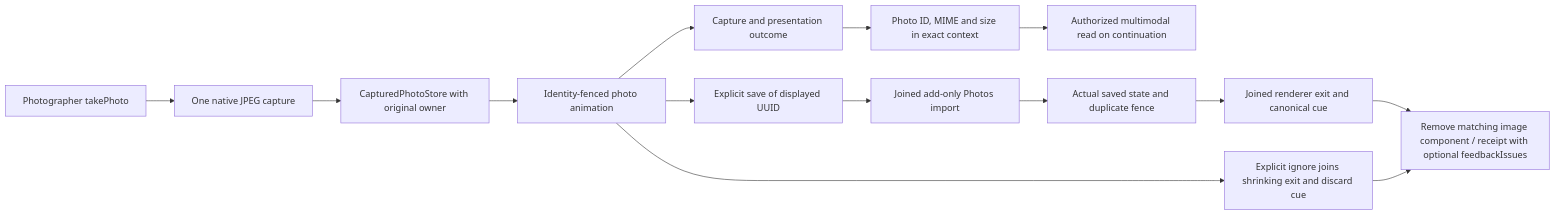
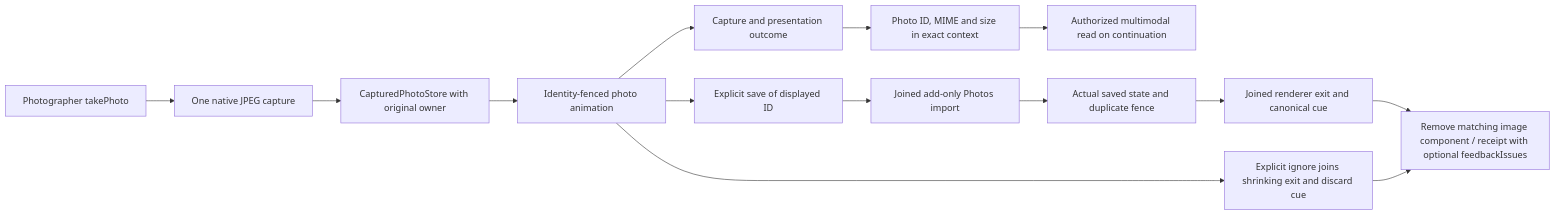
Before and after one commit to devilyouwei/MobileHarness: diagram 22 of 35 in MobileHarness/README.md, drawn with Mermaid. The commit also changed other lines of this file and 374 other files, not shown here.

````diff
--- a/MobileHarness/README.md
+++ b/MobileHarness/README.md
@@ -1251,16 +1270,16 @@
 ```mermaid
 flowchart LR
  Call[Photographer takePhoto] --> Native[One native JPEG capture]
  Native --> Store[CapturedPhotoStore with original owner]
  Store --> Render[Identity-fenced photo animation]
  Render --> Receipt[Capture and presentation outcome]
  Receipt --> Context[Photo ID, MIME and size in exact context]
  Context --> Read[Authorized multimodal read on continuation]
- Render --> Save[Explicit save of displayed UUID]
+ Render --> Save[Explicit save of displayed ID]
  Save --> Photos[Joined add-only Photos import]
  Photos --> Saved[Actual saved state and duplicate fence]
  Saved --> Departure[Joined renderer exit and canonical cue]
  Departure --> Removed[Remove matching image component / receipt with optional feedbackIssues]
  Render --> Ignore[Explicit ignore joins shrinking exit and discard cue]
  Ignore --> Removed
 ```
````
